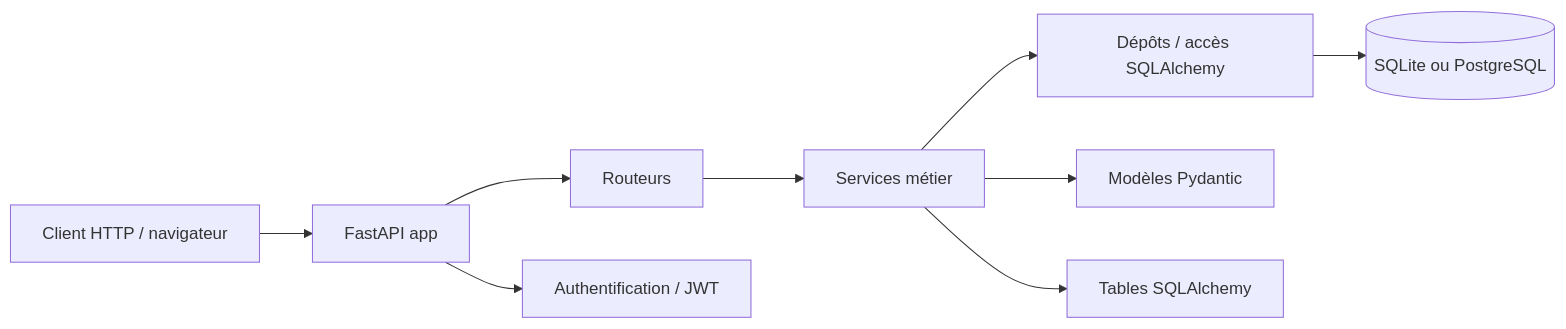
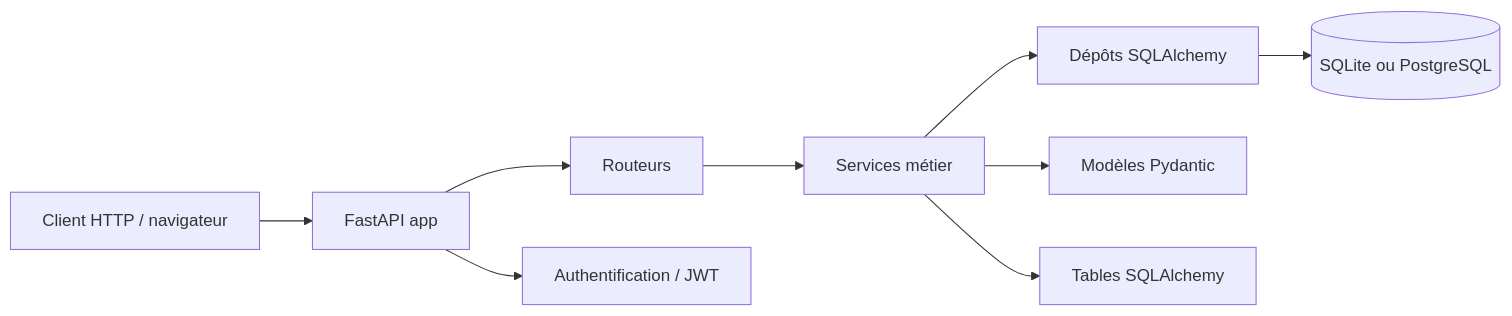
The diagram in README.md (EASEUR/Projet-Tc-dt-S1), drawn with Mermaid before and after one commit. The commit also changed other lines of this file and 5 other files, not shown here.

````diff
--- a/README.md
+++ b/README.md
@@ -117,11 +193,11 @@
 ```mermaid
 flowchart LR
     Client[Client HTTP / navigateur] --> API[FastAPI app]
     API --> Routeurs[Routeurs]
     Routeurs --> Services[Services métier]
-    Services --> Depots[Dépôts / accès SQLAlchemy]
+    Services --> Depots[Dépôts SQLAlchemy]
     Depots --> DB[(SQLite ou PostgreSQL)]
     API --> Auth[Authentification / JWT]
     Services --> Modeles[Modèles Pydantic]
     Services --> Tables[Tables SQLAlchemy]
 ```
````
